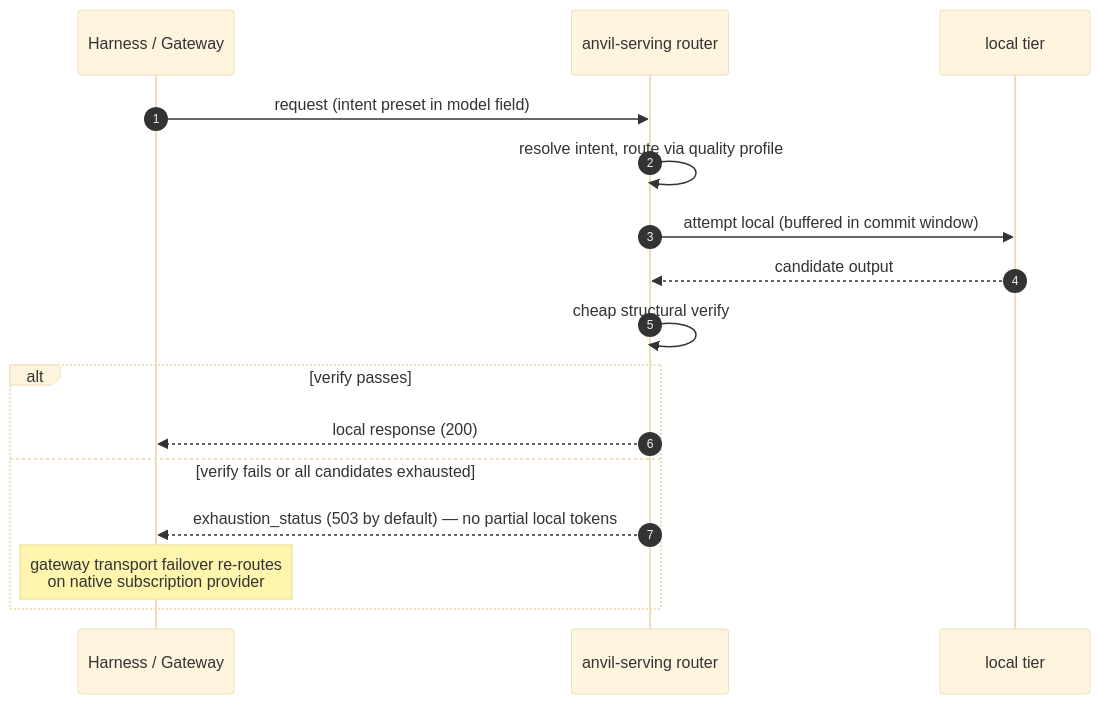
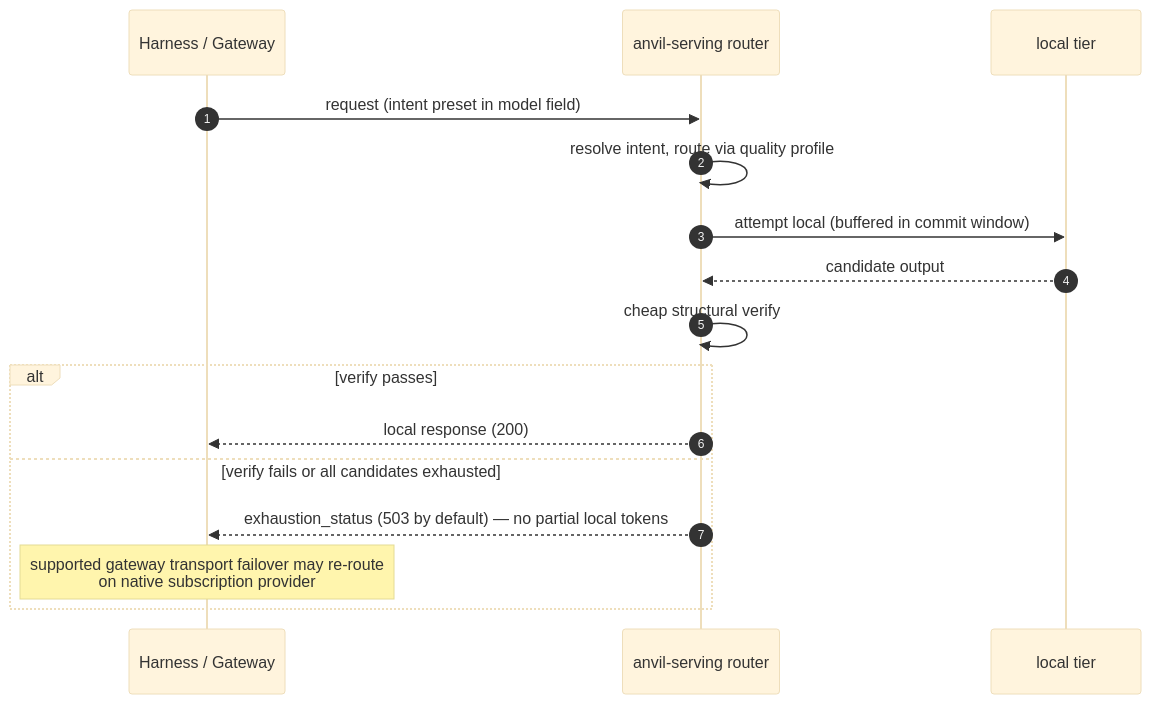
One commit to fakoli/anvil-serving changed the third of 4 diagrams in docs/QUALITY-GATED-ROUTER.md. Above: the diagram before and after it, drawn with Mermaid (base theme). The commit also changed other lines of this file and 35 other files, not shown here.

````diff
--- a/docs/QUALITY-GATED-ROUTER.md
+++ b/docs/QUALITY-GATED-ROUTER.md
@@ -281,18 +282,18 @@
 ```mermaid
 sequenceDiagram
     autonumber
     participant H as Harness / Gateway
     participant R as anvil-serving router
     participant L as local tier
     H->>R: request (intent preset in model field)
     R->>R: resolve intent, route via quality profile
     R->>L: attempt local (buffered in commit window)
     L-->>R: candidate output
     R->>R: cheap structural verify
     alt verify passes
         R-->>H: local response (200)
     else verify fails or all candidates exhausted
         R-->>H: exhaustion_status (503 by default) — no partial local tokens
-        Note over H: gateway transport failover re-routes<br/>on native subscription provider
+        Note over H: supported gateway transport failover may re-route<br/>on native subscription provider
     end
 ```
````
